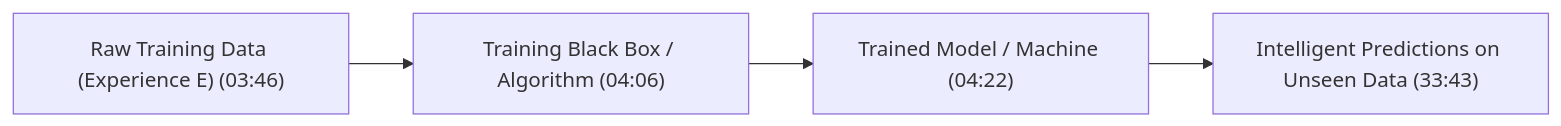
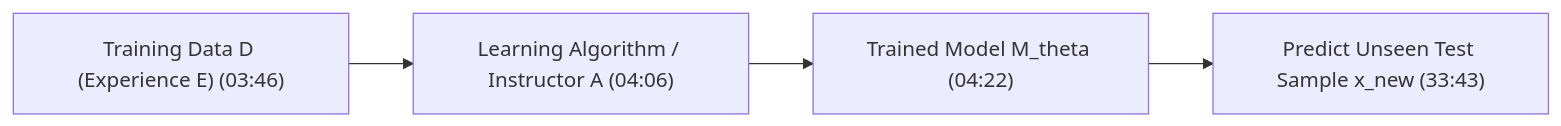
Before and after one commit to xrcodexcode/xr_node: the second of 4 diagrams in 01_RAW/PROCESS/learn-core-machine-learning-part-01.md, drawn with Mermaid. The commit also changed other lines of this file and 15 other files, not shown here.

````diff
--- a/01_RAW/PROCESS/learn-core-machine-learning-part-01.md
+++ b/01_RAW/PROCESS/learn-core-machine-learning-part-01.md
@@ -62,6 +74,6 @@
 ```mermaid
 flowchart LR
-    A["Raw Training Data (Experience E) (03:46)"] --> B["Training Black Box / Algorithm (04:06)"]
-    B --> C["Trained Model / Machine (04:22)"]
-    C --> D["Intelligent Predictions on Unseen Data (33:43)"]
+    Data["Training Data D (Experience E) (03:46)"] --> Algo["Learning Algorithm / Instructor A (04:06)"]
+    Algo --> Model["Trained Model M_theta (04:22)"]
+    Model --> Predict["Predict Unseen Test Sample x_new (33:43)"]
 ```
````
